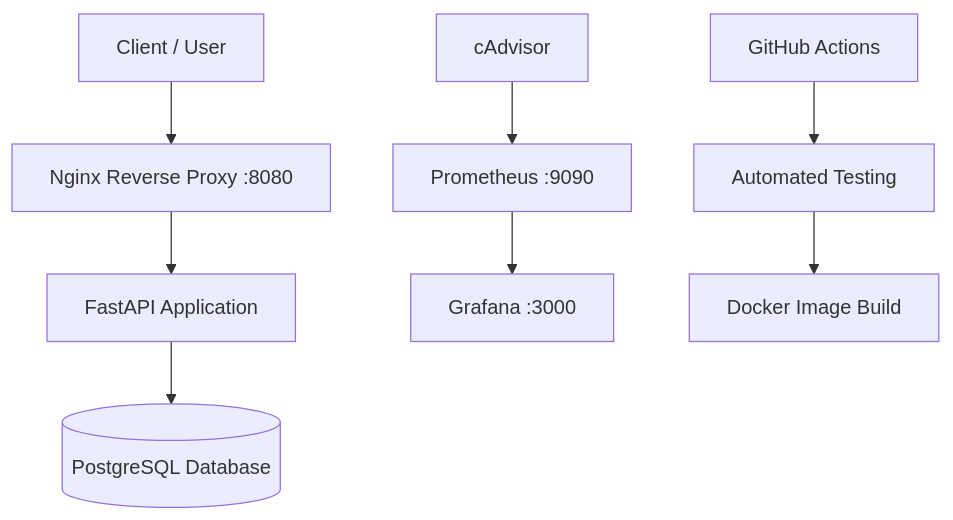
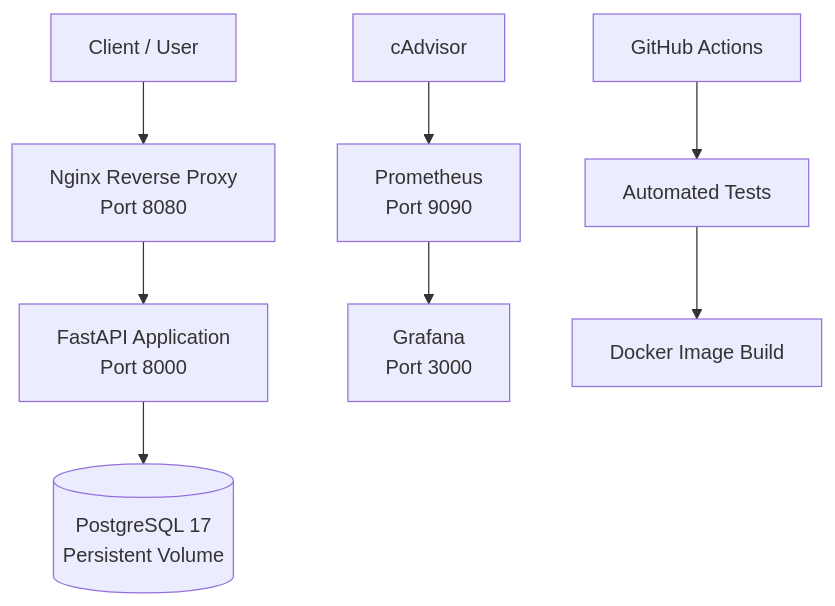
The diagram in README.md (defrisdoloksaribu/docker-multi-container-platform), drawn with Mermaid before and after one commit. The commit also changed other lines of this file, not shown here.

````diff
--- a/README.md
+++ b/README.md
@@ -31,12 +39,25 @@
 ```mermaid
-flowchart TD
-    U[Client / User] --> N[Nginx Reverse Proxy :8080]
-    N --> A[FastAPI Application]
-    A --> D[(PostgreSQL Database)]
+flowchart TB
+    U["Client / User"]
+    N["Nginx Reverse Proxy<br/>Port 8080"]
+    A["FastAPI Application<br/>Port 8000"]
+    D[("PostgreSQL 17<br/>Persistent Volume")]
 
-    CA[cAdvisor] --> P[Prometheus :9090]
-    P --> G[Grafana :3000]
+    CA["cAdvisor"]
+    P["Prometheus<br/>Port 9090"]
+    G["Grafana<br/>Port 3000"]
 
-    GH[GitHub Actions] --> T[Automated Testing]
-    T --> B[Docker Image Build]
+    GH["GitHub Actions"]
+    T["Automated Tests"]
+    B["Docker Image Build"]
+
+    U --> N
+    N --> A
+    A --> D
+
+    CA --> P
+    P --> G
+
+    GH --> T
+    T --> B
 ```
````
